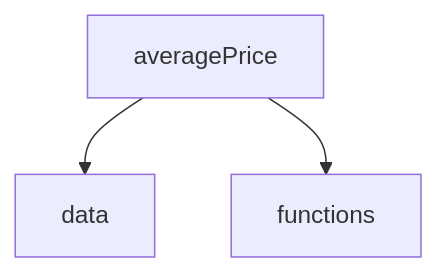
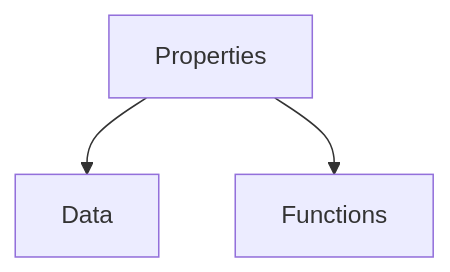
Before and after one commit to nashville-software-school/client-side-mastery: the first of 2 diagrams in book-1-queen-bee/chapters/SURF_DIAGRAM.md, drawn with Mermaid. The commit also changed other lines of this file, not shown here.

Commit message:
Added new sequence diagram video

````diff
--- a/book-1-queen-bee/chapters/SURF_DIAGRAM.md
+++ b/book-1-queen-bee/chapters/SURF_DIAGRAM.md
@@ -19,5 +19,5 @@
 ```mermaid
 graph TD;
-    averagePrice-->data;
-    averagePrice-->functions;
+    Properties-->Data;
+    Properties-->Functions;
 ```
````
